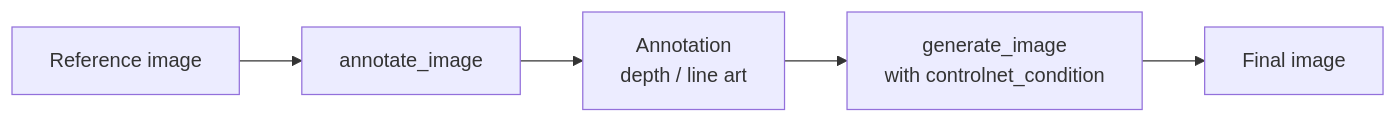
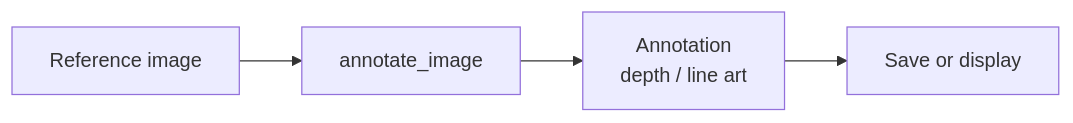
Before and after one commit to xinvxueyuan/NovelAI-Image-MCP: the diagram in apps/docs/source/tutorials/controlnet.md, drawn with Mermaid. The commit also changed other lines of this file and 10 other files, not shown here.

````diff
--- a/apps/docs/source/tutorials/controlnet.md
+++ b/apps/docs/source/tutorials/controlnet.md
@@ -10,7 +10,6 @@
 ```{mermaid}
 graph LR
     A[Reference image] --> B[annotate_image]
     B --> C[Annotation<br/>depth / line art]
-    C --> D[generate_image<br/>with controlnet_condition]
-    D --> E[Final image]
+    C --> D[Save or display]
 ```
````
